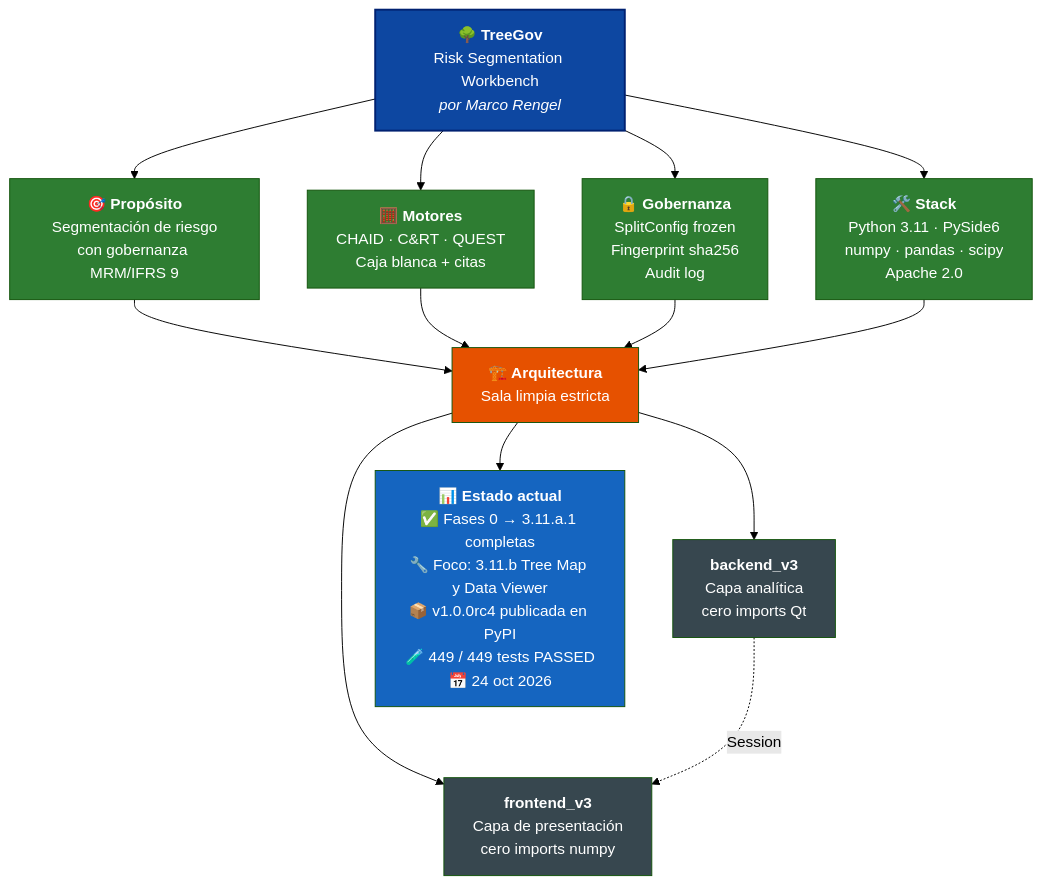
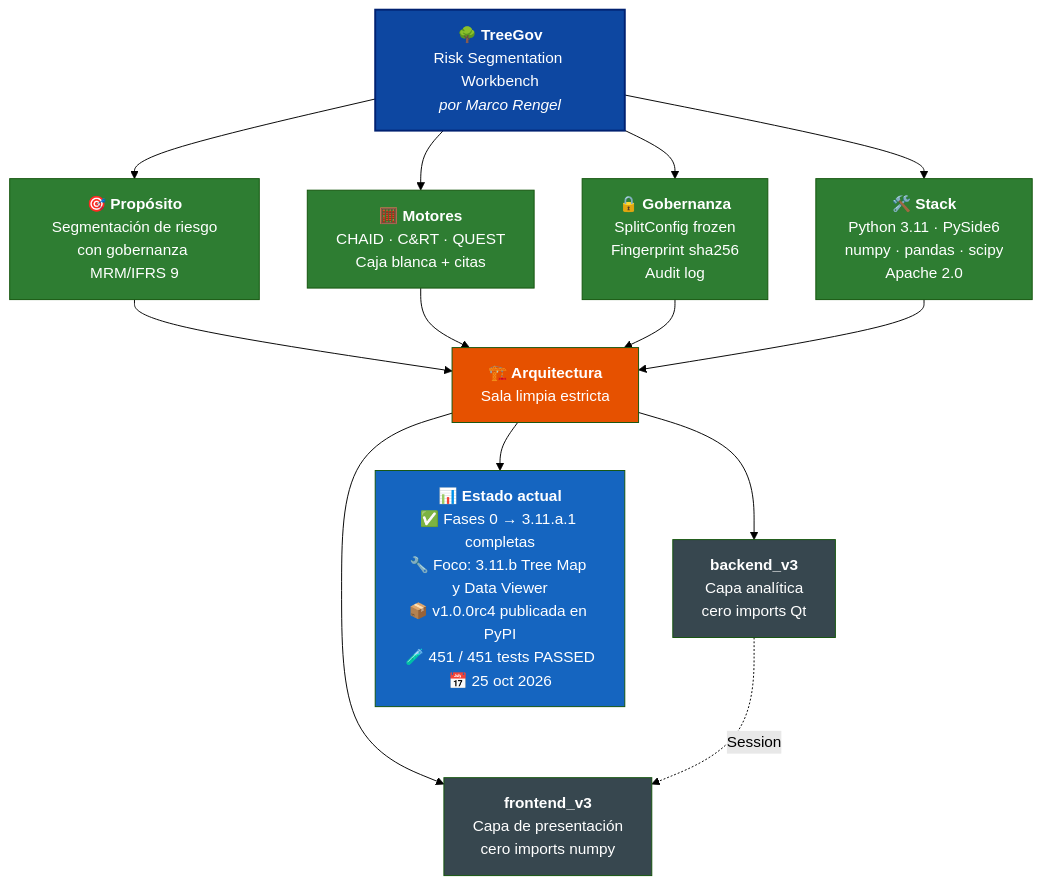
The diagram in README.es.md (Marco-Rengel/treegov), drawn with Mermaid (forest theme) before and after one commit. The commit also changed other lines of this file and 24 other files, not shown here.

````diff
--- a/README.es.md
+++ b/README.es.md
@@ -36,31 +38,31 @@
 ```mermaid
 flowchart TB
     TG["<b>🌳 TreeGov</b><br/>Risk Segmentation Workbench<br/><i>por Marco Rengel</i>"]
 
     TG --> P["<b>🎯 Propósito</b><br/>Segmentación de riesgo<br/>con gobernanza MRM/IFRS 9"]
     TG --> M["<b>🧮 Motores</b><br/>CHAID · C&RT · QUEST<br/>Caja blanca + citas"]
     TG --> G["<b>🔒 Gobernanza</b><br/>SplitConfig frozen<br/>Fingerprint sha256<br/>Audit log"]
     TG --> S["<b>🛠️ Stack</b><br/>Python 3.11 · PySide6<br/>numpy · pandas · scipy<br/>Apache 2.0"]
 
     P --> ARQ["<b>🏗️ Arquitectura</b><br/>Sala limpia estricta"]
     M --> ARQ
     G --> ARQ
     S --> ARQ
 
     ARQ --> BE["<b>backend_v3</b><br/>Capa analítica<br/>cero imports Qt"]
     ARQ --> FE["<b>frontend_v3</b><br/>Capa de presentación<br/>cero imports numpy"]
 
     BE -.->|Session| FE
 
-    ARQ --> ST["<b>📊 Estado actual</b><br/>✅ Fases 0 → 3.11.a.1 completas<br/>🔧 Foco: 3.11.b Tree Map y Data Viewer<br/>📦 v1.0.0rc4 publicada en PyPI<br/>🧪 449 / 449 tests PASSED<br/>📅 24 oct 2026"]
+    ARQ --> ST["<b>📊 Estado actual</b><br/>✅ Fases 0 → 3.11.a.1 completas<br/>🔧 Foco: 3.11.b Tree Map y Data Viewer<br/>📦 v1.0.0rc4 publicada en PyPI<br/>🧪 451 / 451 tests PASSED<br/>📅 25 oct 2026"]
 
     style TG fill:#0D47A1,color:#fff,stroke:#002171,stroke-width:2px
     style P fill:#2E7D32,color:#fff
     style M fill:#2E7D32,color:#fff
     style G fill:#2E7D32,color:#fff
     style S fill:#2E7D32,color:#fff
     style ARQ fill:#E65100,color:#fff
     style BE fill:#37474F,color:#fff
     style FE fill:#37474F,color:#fff
     style ST fill:#1565C0,color:#fff
 ```
````
